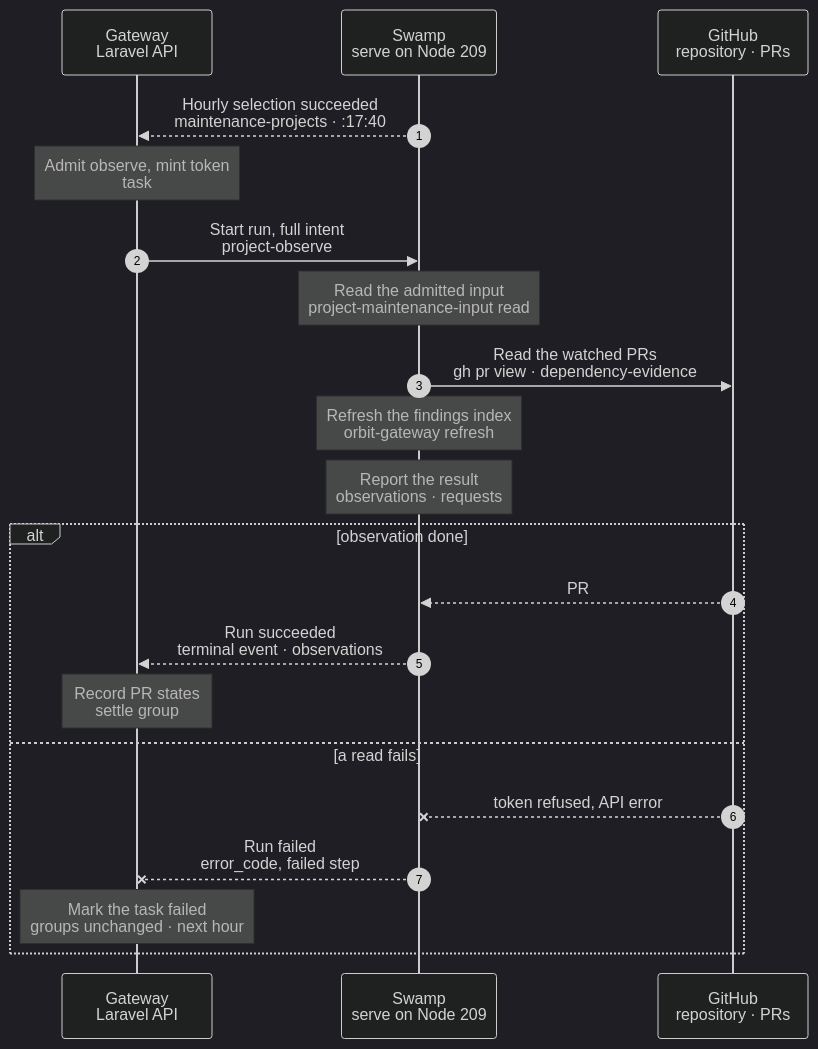
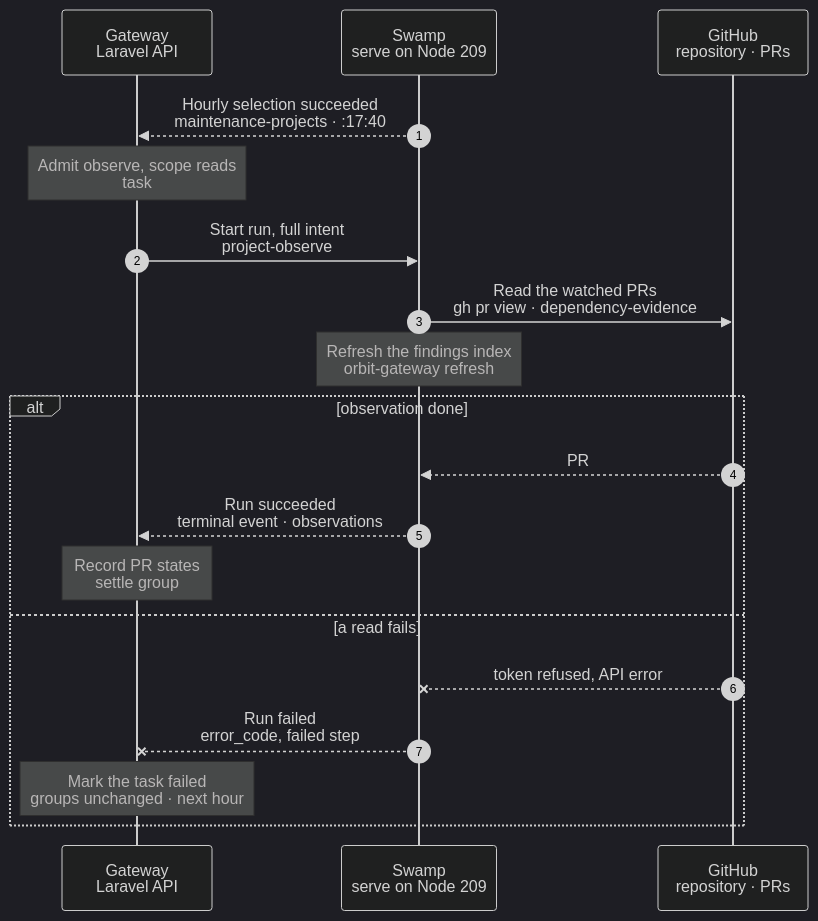
One commit to hardimpactdev/orbit changed the diagram in docs/cli/project/observe.mmd. Above: the diagram before and after it, drawn with Mermaid (dark theme). The commit also changed 19 other files, not shown here.

First line of the commit message:
refactor(projects): tighten observe and require explicit maintenance consent

```diff
--- a/docs/cli/project/observe.mmd
+++ b/docs/cli/project/observe.mmd
@@ -1,86 +1,83 @@
 sequenceDiagram
   %% Target design: ADR 0244 task (driver workflow) started by a Schedule, Recall swamp-owns-dependencies, R1-R3.
+  %% Tightened: flow-tighten 2026-11-02, rules 14, 15 (no input read, no report step).
+  %% Decided: Nick 2026-11-02, maintenance is opt-in per Project.
   %% status: draft
   %% command: none · maintenance-projects Schedule
   %% kind: project.observe
   autonumber
   %% lane GW icon=gateway pill=intent tone=blue
   %% lane SW icon=workflow pill=executes tone=green
   %% lane GH icon=server pill=target tone=purple
   participant GW as Gateway<br/>Laravel API
   participant SW as Swamp<br/>serve on Node 209
   participant GH as GitHub<br/>repository · PRs
   SW-->>GW: Hourly selection succeeded<br/>maintenance-projects · :17:40
   %%> When:
   %%> - every hour at :17:40; the Gateway publishes the Schedule and its full inputs with `workflow.trigger.set`
   %%> What it does:
-  %%> - the `maintenance-projects` Schedule's own run selects which Projects need a detect, a routine or an observe now
+  %%> - the `maintenance-projects` Schedule's own run selects which opted-in Projects need an inspect, a routine or an observe now
   %%> - it picks observe for a Project with a maintenance task group that waits on a pull request or on capacity
   %%> How the Gateway learns it:
   %%> - its shared run reader sees the terminal event; Swamp never calls the Gateway
   %%> Returns:
   %%> - one request per Project and mode, with a key such as `4-observe-2026-11-02T17:17`
   %%> Not included:
   %%> - no command: no person starts `project.observe` directly
-  Note over GW: Admit observe, mint token<br/>task #5152 · trigger: schedule
+  Note over GW: Admit observe, scope reads<br/>task #5152 · trigger: schedule
   %%> Requirements:
+  %%> - maintenance is on for Project 4 (`project:maintenance:enable`); it is off by default
   %%> - Project 4 reads its repository through the GitHub App, with a default branch and a task check
   %%> - no other `project.detect`, `project.routine` or `project.observe` task runs for Project 4
   %%> - the request key wasn't admitted before
   %%> What it does:
   %%> - captures the Project and its task groups, with their watched PRs
-  %%> - mints a GitHub App token with `contents: read` and `pull_requests: read`, into the vault as `project-dependency-read-5152` (R3)
+  %%> - when there are watched PRs, mints a GitHub App token with `contents: read` and `pull_requests: read`, into the vault as `project-dependency-read-5152` (R3)
   %%> Result:
   %%> - task #5152 recorded, kind `project.observe`, driver `workflow`, on Node 209
   %%> - no Node is a target; the work only reads GitHub
   GW->>SW: Start run, full intent<br/>project-observe
   %%> What it does:
   %%> - starts one Swamp run on serve (Node 209)
   %%> Inputs:
   %%> - the captured Project and task groups
   %%> - the vault key names of the token, never the token
-  Note over SW: Read the admitted input<br/>project-maintenance-input read
-  %%> What it does:
-  %%> - checks the admitted Project, task groups and watched pull request URLs
-  %%> Not included:
-  %%> - it reads nothing from the Gateway; the intent is the input
   SW->>GH: Read the watched PRs<br/>gh pr view · dependency-evidence
   %%> What it does:
   %%> - reads the number, state and head of each watched pull request of Project 4
   %%> How:
   %%> - `gh` reads the token with `vault.get`
   Note over SW: Refresh the findings index<br/>orbit-gateway refresh
   %%> What it does:
   %%> - links the PR states to the Project's last findings in Swamp data
   %%> - names task groups that waited for capacity and can start now
-  Note over SW: Report the result<br/>observations · requests
   %%> Returns:
-  %%> - prints the PR observations and the groups that can resume as one JSON object, which the Gateway reads from the run
+  %%> - the PR observations and the groups that can resume, as this step's output, which the Gateway reads from the terminal result
   alt observation done
     GH-->>SW: PR #57 merged
     %%> Returns:
     %%> - each PR's state: open, closed or merged
     SW-->>GW: Run succeeded<br/>terminal event · observations
     %%> How the Gateway learns it:
     %%> - its shared run reader sees the terminal event
     Note over GW: Record PR states<br/>settle group #812 · task done
     %%> Result:
     %%> - task group #812 records PR #57 as merged
     %%> - a maintenance group whose PR merged or closed moves to settling; the Gateway admits `tasks.maintenance_finish` to remove its workspace
     %%> - a group that waited for capacity gets `tasks.provision`
     %%> - task #5152 succeeds
     %%> Not changed:
     %%> - a group whose watched PR or settings changed after capture
   else a read fails
     GH--xSW: token refused, API error
     %%> When:
     %%> - GitHub refuses the token or doesn't answer
     SW--xGW: Run failed<br/>error_code, failed step
     %%> The Gateway reads:
     %%> - which step failed and its error code
     Note over GW: Mark the task failed<br/>groups unchanged · next hour
     %%> Result:
     %%> - task #5152 fails; no task group changes
     %%> Retry:
     %%> - the next hourly fire admits a new observe task with a new key
   end
```
